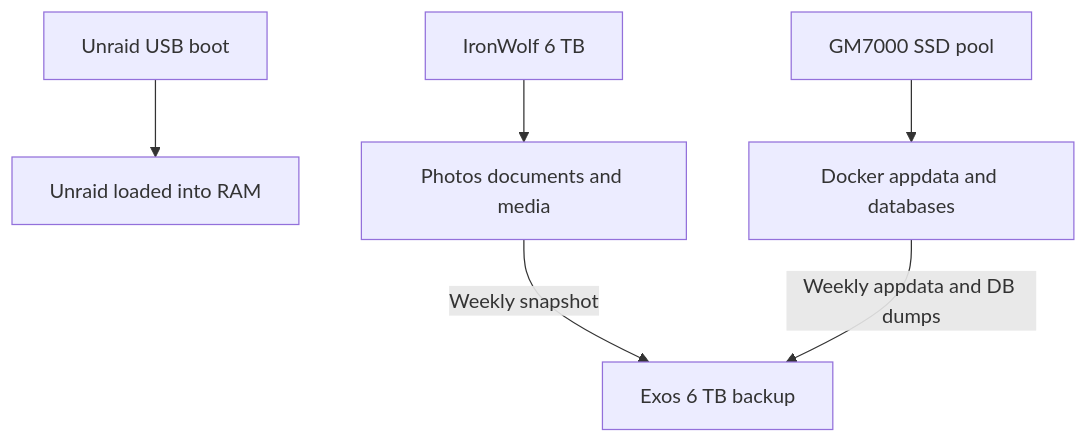
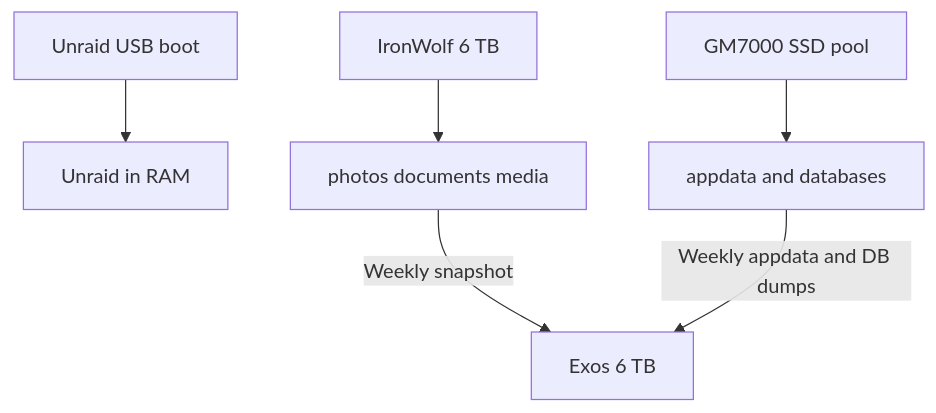
Before and after one commit to brianperreras/brian-home-server: the second of 3 diagrams in diagrams/architecture.md, drawn with Mermaid. The commit also changed other lines of this file and 14 other files, not shown here.

First line of the commit message:
Update documentation to clarify setup order and improve chapter flow.

````diff
--- a/diagrams/architecture.md
+++ b/diagrams/architecture.md
@@ -5,8 +20,8 @@
 ```mermaid
 flowchart TD
-    USB[Unraid USB boot] --> RAM[Unraid loaded into RAM]
-    NVME[GM7000 SSD pool] --> APP[Docker appdata and databases]
-    HDD[IronWolf 6 TB] --> DATA[Photos documents and media]
-    DATA -->|Weekly snapshot| BK[Exos 6 TB backup]
+    USB[Unraid USB boot] --> RAM[Unraid in RAM]
+    NVME[GM7000 SSD pool] --> APP[appdata and databases]
+    HDD[IronWolf 6 TB] --> DATA[photos documents media]
+    DATA -->|Weekly snapshot| BK[Exos 6 TB]
     APP -->|Weekly appdata and DB dumps| BK
 ```
````
